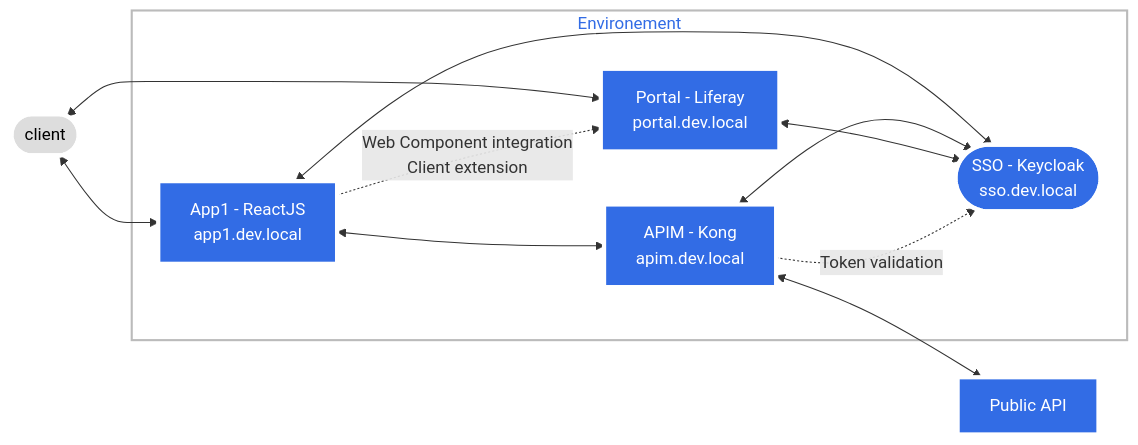
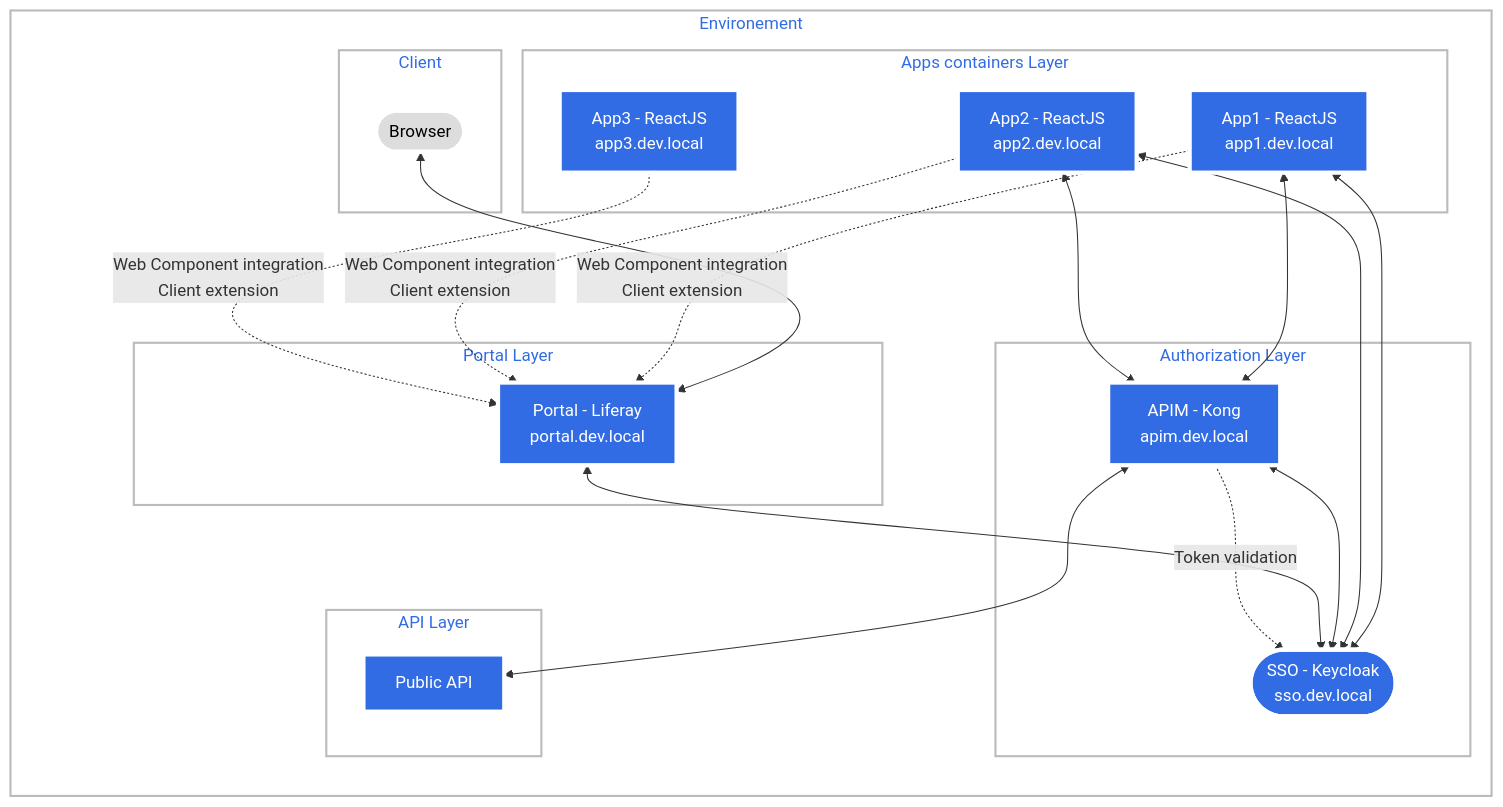
The diagram in poc2-reactjs-liferay-keycloak/README.markdown (ThierryTouin/liferay-oauth-test), drawn with Mermaid before and after one commit. The commit also changed other lines of this file and 1 other file, not shown here.

Commit message:
README update for poc2

````diff
--- a/poc2-reactjs-liferay-keycloak/README.markdown
+++ b/poc2-reactjs-liferay-keycloak/README.markdown
@@ -8,41 +20,64 @@
 ```mermaid
 
 graph LR
 
 %% Nodes
 APP1[App1 - ReactJS<br>app1.dev.local]
+APP2[App2 - ReactJS<br>app2.dev.local]
+APP3[App3 - ReactJS<br>app3.dev.local]
 Portal[Portal - Liferay<br>portal.dev.local]
 APIM[APIM - Kong<br>apim.dev.local]
 API[Public API]
-C([client])
+C([Browser])
 SSO([SSO - Keycloak<br>sso.dev.local])
 
 %% Links	
-C <--> APP1
-C <--> Portal
+  C <--> Portal
+  APP1 <--> SSO
+  APP2 <--> SSO
+  APP1 <--> APIM
+  APP2 <--> APIM
+  APIM <--> SSO
+  Portal <--> SSO
 
 subgraph Environement
-  APP1 <--> SSO
-  APP1 <--> APIM
-  APIM <--> SSO
-  Portal <--> SSO
+  subgraph Client
+    C
+  end
+  subgraph Portal Layer
+    Portal
+  end
+  subgraph Apps containers Layer
+    APP1
+    APP2
+    APP3
+  end
+  subgraph Authorization Layer
+    SSO
+    APIM
+  end
+  subgraph API Layer
+    API
+  end
 end
 
 APIM <--> API
 
 %% React Web Component Integration with Liferay
 APP1 -. Web Component integration <br>Client extension .-> Portal
+APP2 -. Web Component integration <br>Client extension .-> Portal
+APP3 -. Web Component integration <br>Client extension .-> Portal
 
 %% Token Validation Legend
 APIM -. Token validation .-> SSO
 
 %% Defining node styles
 classDef plain fill:#ddd,stroke:#fff,stroke-width:4px,color:#000
 classDef k8s fill:#326ce5,stroke:#fff,stroke-width:4px,color:#fff
 classDef cluster fill:#fff,stroke:#bbb,stroke-width:2px,color:#326ce5
 
 %% Assigning styles to nodes
-class Portal,APP1,APIM,API,SSO k8s
+class Portal,APP1,APP2,APP3,APIM,API,SSO k8s
 class C plain
 class cluster cluster
 ```
````
